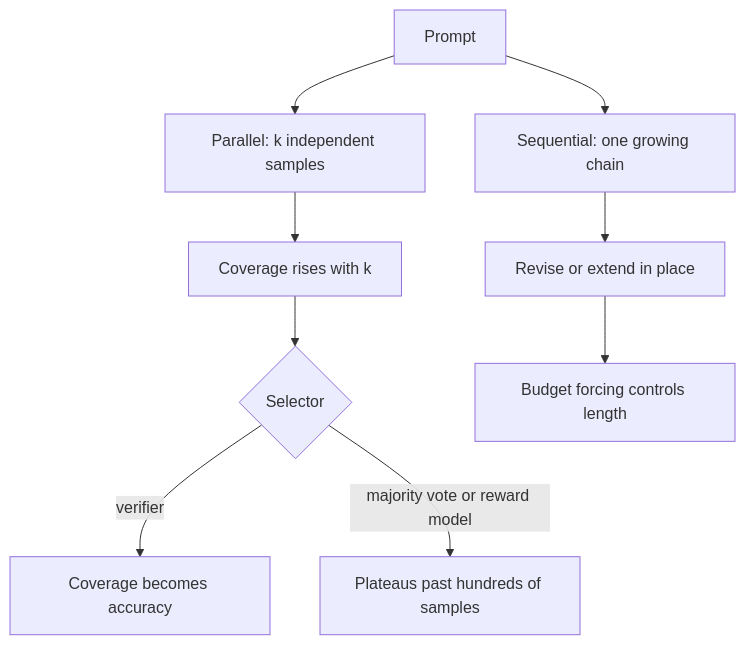
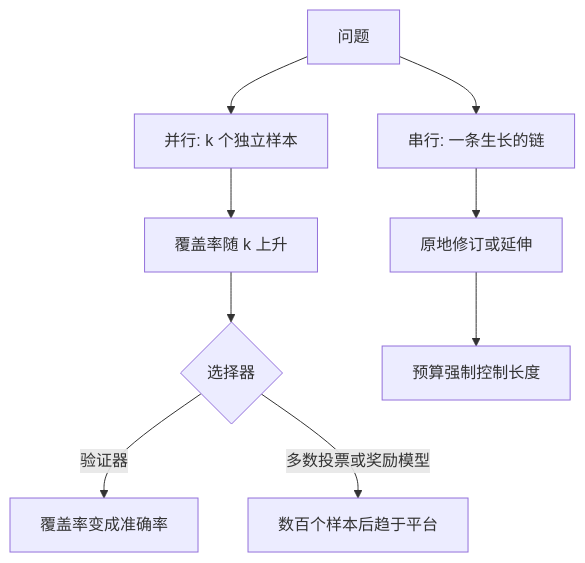
Before and after one commit to latere-ai/ai-as-an-infrastructure: the first of 2 diagrams in zh/p3-reasoning/15-inference-time-scaling.qmd, drawn with Mermaid. The commit also changed other lines of this file and 73 other files, not shown here.

First line of the commit message:
book: add concept diagrams across all chapters, bilingual

````diff
--- a/zh/p3-reasoning/15-inference-time-scaling.qmd
+++ b/zh/p3-reasoning/15-inference-time-scaling.qmd
@@ -41,11 +42,13 @@
 ```{mermaid}
+%%| label: fig-inference-time-scaling-shapes
+%%| fig-cap: "测试时算力的两种形态。并行采样抬高覆盖率，但由选择器决定这份覆盖率是否变成准确率：验证器直接转化它，而多数投票或奖励模型在数百个样本之后趋于平台。"
 flowchart TB
-  P[Prompt] --> PAR[Parallel: k independent samples]
-  P --> SEQ[Sequential: one growing chain]
-  PAR --> COV[Coverage rises with k]
-  COV --> SEL{Selector}
-  SEL -->|verifier| ACC[Coverage becomes accuracy]
-  SEL -->|majority vote or reward model| PLAT[Plateaus past hundreds of samples]
-  SEQ --> REV[Revise or extend in place]
-  REV --> BUD[Budget forcing controls length]
+  P[问题] --> PAR["并行: k 个独立样本"]
+  P --> SEQ["串行: 一条生长的链"]
+  PAR --> COV[覆盖率随 k 上升]
+  COV --> SEL{选择器}
+  SEL -->|验证器| ACC[覆盖率变成准确率]
+  SEL -->|多数投票或奖励模型| PLAT[数百个样本后趋于平台]
+  SEQ --> REV[原地修订或延伸]
+  REV --> BUD[预算强制控制长度]
 ```
````
